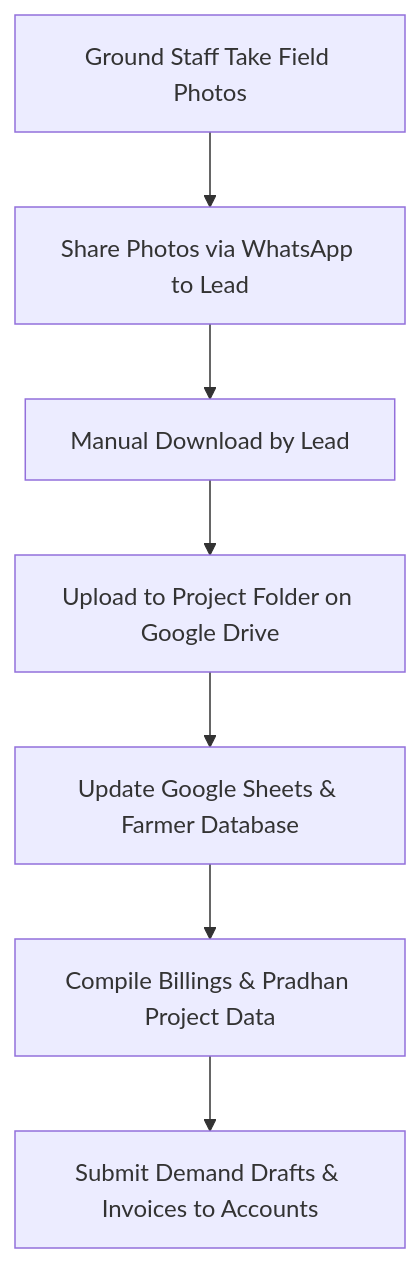
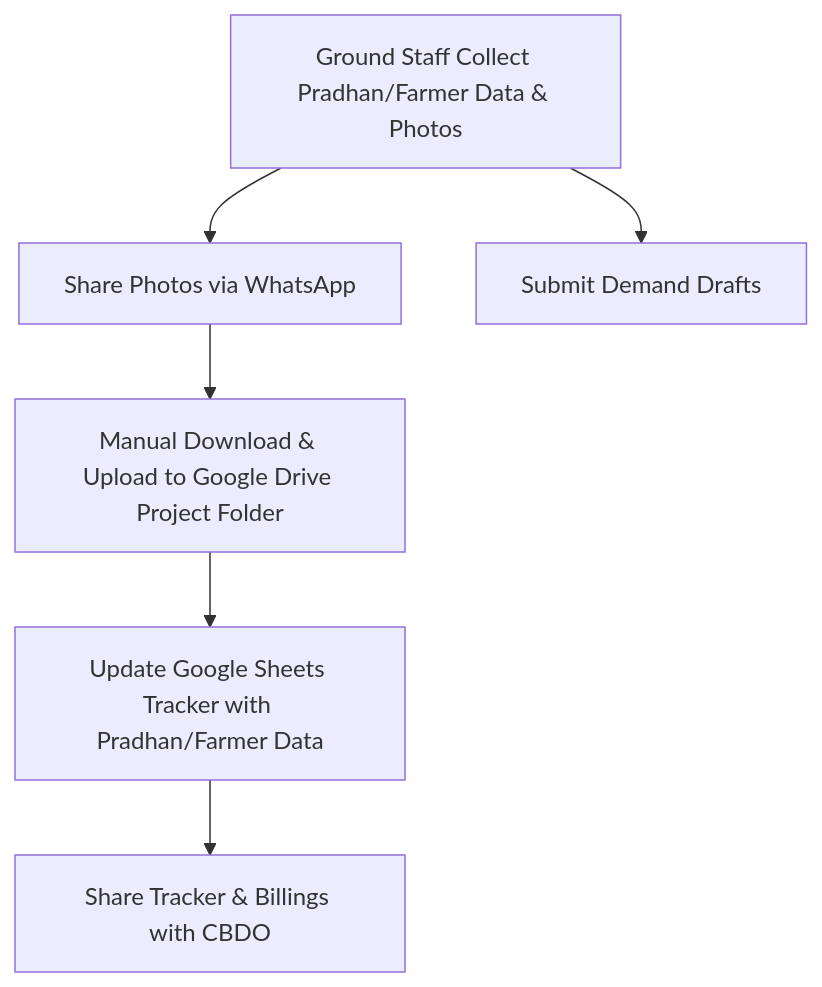
Before and after one commit to efpolymers/efp-audits: the diagram in individual-analysis/bd-company-govt-shailendra-singh-analysis.md, drawn with Mermaid. The commit also changed other lines of this file and 2 other files, not shown here.

````diff
--- a/individual-analysis/bd-company-govt-shailendra-singh-analysis.md
+++ b/individual-analysis/bd-company-govt-shailendra-singh-analysis.md
@@ -51,9 +59,8 @@
 ```mermaid
 graph TD
-    A[Ground Staff Take Field Photos] --> B[Share Photos via WhatsApp to Lead]
-    B --> C[Manual Download by Lead]
-    C --> D[Upload to Project Folder on Google Drive]
-    D --> E[Update Google Sheets & Farmer Database]
-    E --> F[Compile Billings & Pradhan Project Data]
-    F --> G[Submit Demand Drafts & Invoices to Accounts]
+    A[Ground Staff Collect Pradhan/Farmer Data & Photos] --> B[Share Photos via WhatsApp]
+    B --> C[Manual Download & Upload to Google Drive Project Folder]
+    C --> D[Update Google Sheets Tracker with Pradhan/Farmer Data]
+    A --> E[Submit Demand Drafts]
+    D --> F[Share Tracker & Billings with CBDO]
 ```
````
